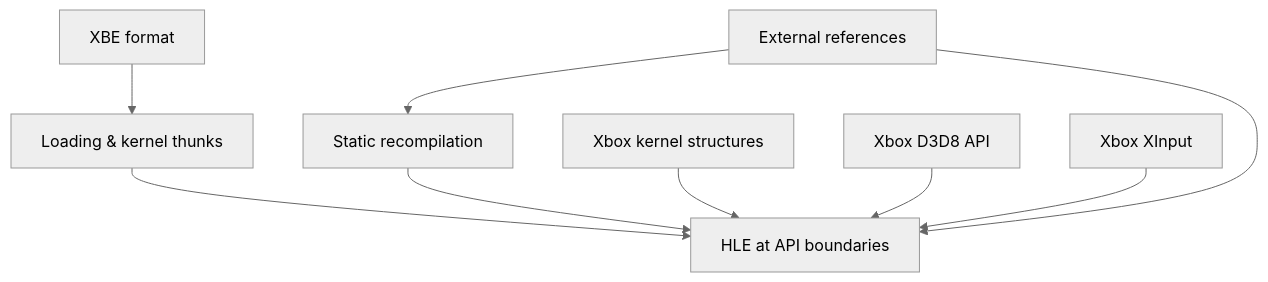
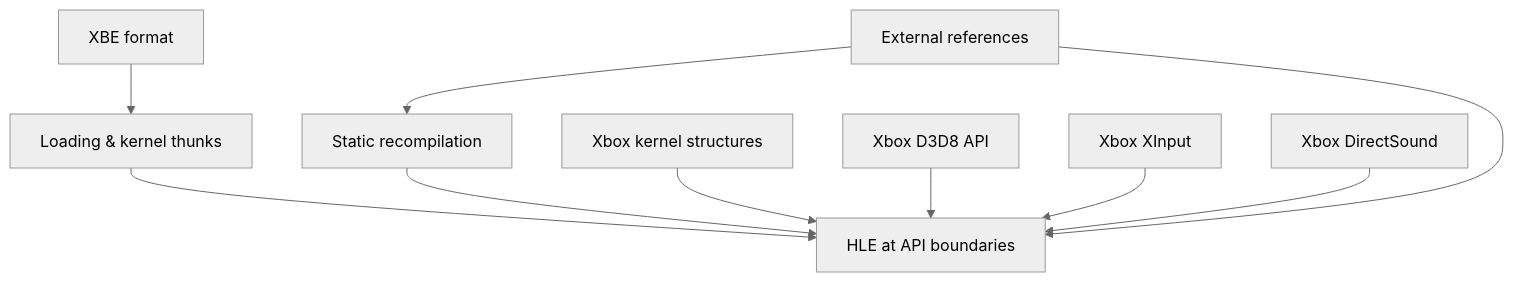
One commit to nworkers/reJSRF changed the diagram in docs/kb/README.md. Above: the diagram before and after it, drawn with Mermaid (neutral theme). The commit also changed other lines of this file and 32 other files, not shown here.

````diff
--- a/docs/kb/README.md
+++ b/docs/kb/README.md
@@ -5,11 +5,12 @@
 ```mermaid
 flowchart TD
     XBE["XBE format"] --> LOAD["Loading & kernel thunks"]
     RECOMP["Static recompilation"] --> HLE["HLE at API boundaries"]
     LOAD --> HLE
     REFS["External references"] --> RECOMP
     REFS --> HLE
     KSTRUCT["Xbox kernel structures"] --> HLE
     D3D["Xbox D3D8 API"] --> HLE
     XIN["Xbox XInput"] --> HLE
+    DSND["Xbox DirectSound"] --> HLE
 ```
````
